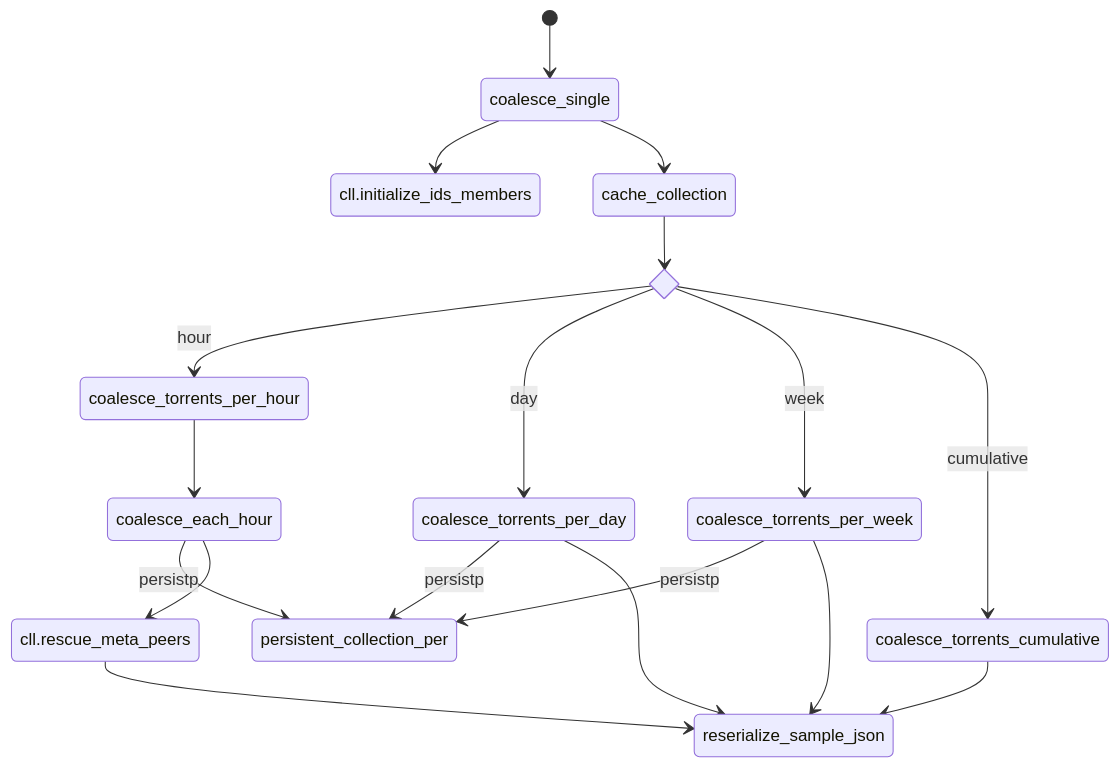
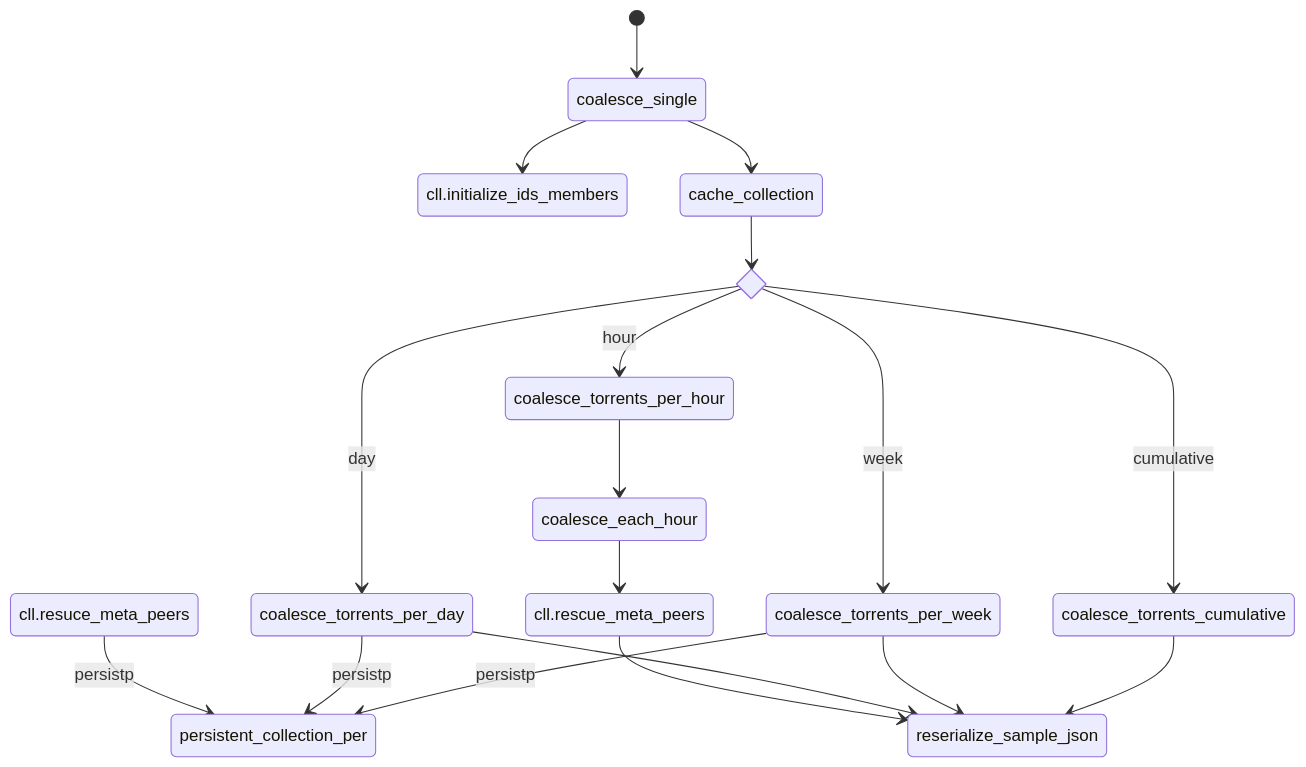
Before and after one commit to bdekoz/alpha60-docs: the diagram in docs/graphs/coalesce_single.mmd, drawn with Mermaid.

```diff
--- a/docs/graphs/coalesce_single.mmd
+++ b/docs/graphs/coalesce_single.mmd
@@ -1,24 +1,25 @@
 stateDiagram-v2
     [*] --> coalesce_single
     coalesce_single --> cll.initialize_ids_members
     coalesce_single --> cache_collection
 
     state if_state<<choice>>
     cache_collection --> if_state
 
     if_state --> coalesce_torrents_per_hour : hour
     coalesce_torrents_per_hour --> coalesce_each_hour
-    coalesce_each_hour --> persistent_collection_per : persistp
     coalesce_each_hour --> cll.rescue_meta_peers
     cll.rescue_meta_peers --> reserialize_sample_json	
+    cll.resuce_meta_peers --> persistent_collection_per : persistp
+
 
     if_state --> coalesce_torrents_per_day : day
     coalesce_torrents_per_day --> persistent_collection_per : persistp
     coalesce_torrents_per_day --> reserialize_sample_json
     
     if_state --> coalesce_torrents_per_week : week
     coalesce_torrents_per_week --> persistent_collection_per : persistp
     coalesce_torrents_per_week --> reserialize_sample_json
 
     if_state --> coalesce_torrents_cumulative : cumulative
     coalesce_torrents_cumulative --> reserialize_sample_json
```
